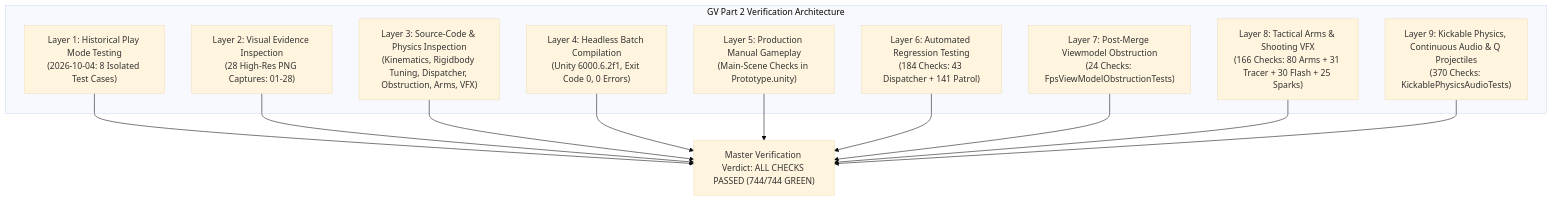
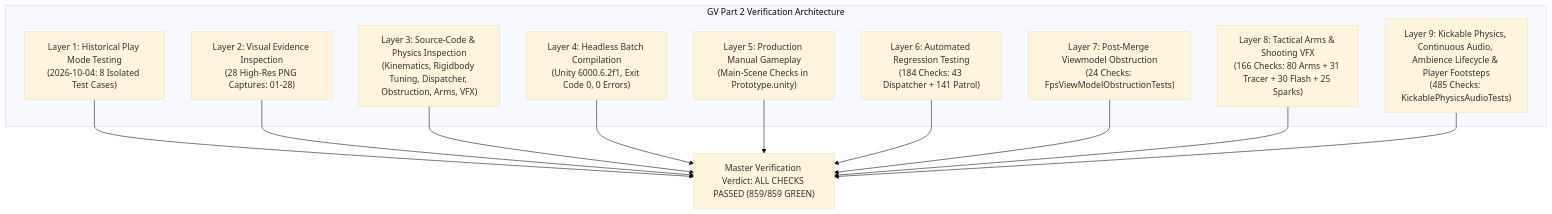
Before and after one commit to Kunchana-Wijesinghe/Interactive-3D-Shooting-Game-GV-IS: the diagram in docs/individual/IT24102587_GV_Part2_Verification_Log.md, drawn with Mermaid (base theme). The commit also changed other lines of this file and 2 other files, not shown here.

Commit message:
docs(gv): document ambience lifecycle fixes, player footstep audio system, and verification results

````diff
--- a/docs/individual/IT24102587_GV_Part2_Verification_Log.md
+++ b/docs/individual/IT24102587_GV_Part2_Verification_Log.md
@@ -40,23 +40,23 @@
 ```mermaid
 graph TD
     subgraph Verification_Layers["GV Part 2 Verification Architecture"]
         L1["Layer 1: Historical Play Mode Testing<br/>(2026-10-04: 8 Isolated Test Cases)"]
         L2["Layer 2: Visual Evidence Inspection<br/>(28 High-Res PNG Captures: 01-28)"]
         L3["Layer 3: Source-Code & Physics Inspection<br/>(Kinematics, Rigidbody Tuning, Dispatcher, Obstruction, Arms, VFX)"]
         L4["Layer 4: Headless Batch Compilation<br/>(Unity 6000.6.2f1, Exit Code 0, 0 Errors)"]
         L5["Layer 5: Production Manual Gameplay<br/>(Main-Scene Checks in Prototype.unity)"]
         L6["Layer 6: Automated Regression Testing<br/>(184 Checks: 43 Dispatcher + 141 Patrol)"]
         L7["Layer 7: Post-Merge Viewmodel Obstruction<br/>(24 Checks: FpsViewModelObstructionTests)"]
         L8["Layer 8: Tactical Arms & Shooting VFX<br/>(166 Checks: 80 Arms + 31 Tracer + 30 Flash + 25 Sparks)"]
-        L9["Layer 9: Kickable Physics, Continuous Audio & Q Projectiles<br/>(370 Checks: KickablePhysicsAudioTests)"]
+        L9["Layer 9: Kickable Physics, Continuous Audio, Ambience Lifecycle & Player Footsteps<br/>(485 Checks: KickablePhysicsAudioTests)"]
     end
-    L1 --> MasterReport["Master Verification Verdict: ALL CHECKS PASSED (744/744 GREEN)"]
+    L1 --> MasterReport["Master Verification Verdict: ALL CHECKS PASSED (859/859 GREEN)"]
     L2 --> MasterReport
     L3 --> MasterReport
     L4 --> MasterReport
     L5 --> MasterReport
     L6 --> MasterReport
     L7 --> MasterReport
     L8 --> MasterReport
     L9 --> MasterReport
 ```
````
